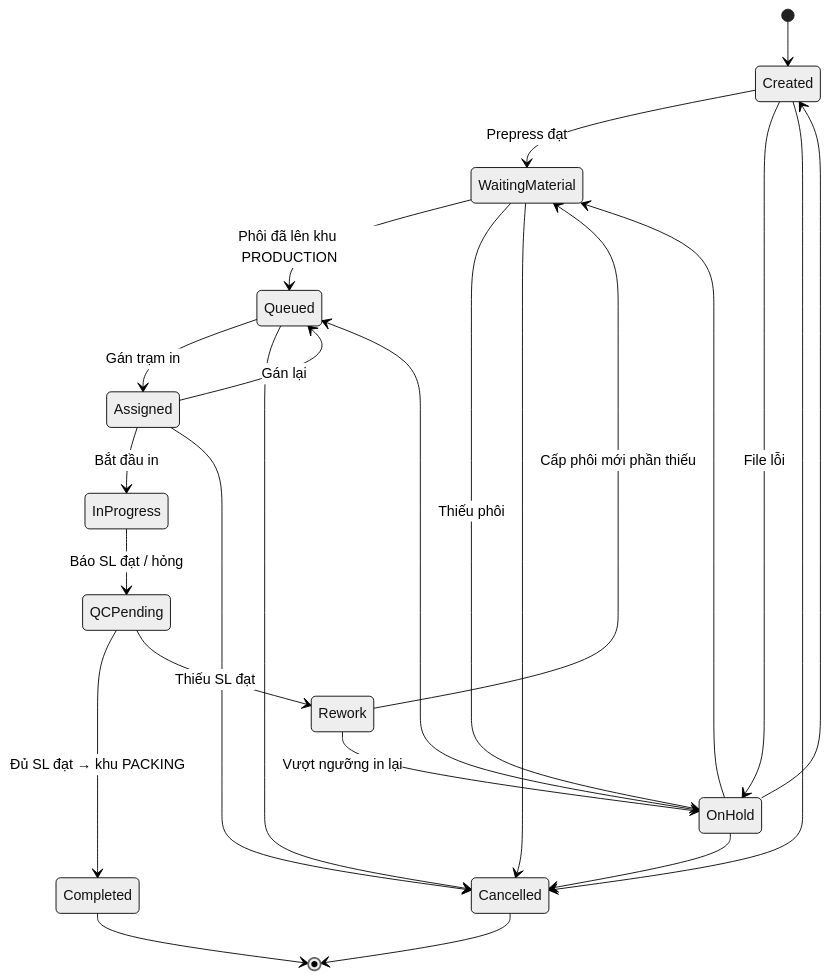
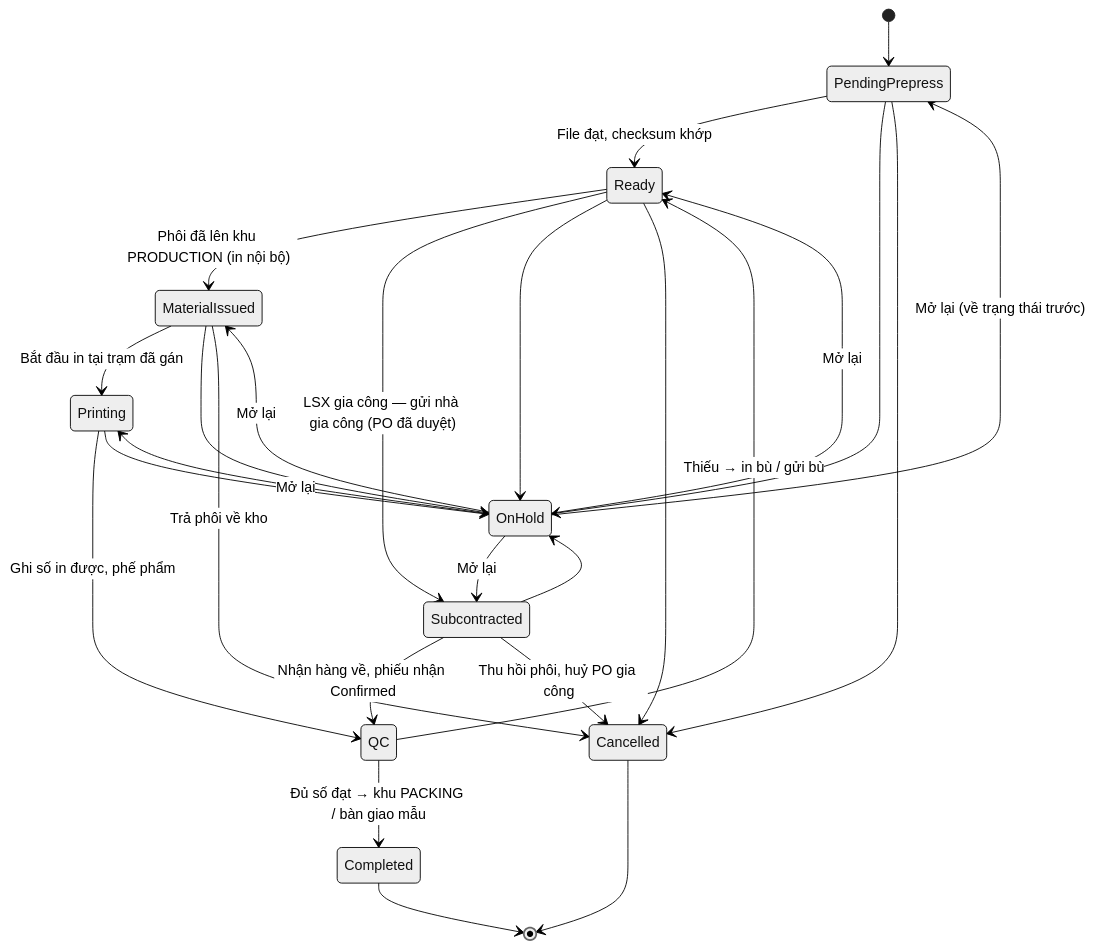
One commit to KLTN-FA26/docs changed the fifth of 12 diagrams in docs/diagrams/README.md. Above: the diagram before and after it, drawn with Mermaid (neutral theme). The commit also changed other lines of this file and 21 other files, not shown here.

````diff
--- a/docs/diagrams/README.md
+++ b/docs/diagrams/README.md
@@ -273,26 +273,28 @@
 ```mermaid
 stateDiagram-v2
-    [*] --> Created
-    Created --> WaitingMaterial: Prepress đạt
-    Created --> OnHold: File lỗi
-    WaitingMaterial --> Queued: Phôi đã lên khu PRODUCTION
-    WaitingMaterial --> OnHold: Thiếu phôi
-    Queued --> Assigned: Gán trạm in
-    Assigned --> Queued: Gán lại
-    Assigned --> InProgress: Bắt đầu in
-    InProgress --> QCPending: Báo SL đạt / hỏng
-    QCPending --> Completed: Đủ SL đạt → khu PACKING
-    QCPending --> Rework: Thiếu SL đạt
-    Rework --> WaitingMaterial: Cấp phôi mới phần thiếu
-    Rework --> OnHold: Vượt ngưỡng in lại
-    OnHold --> Created
-    OnHold --> WaitingMaterial
-    OnHold --> Queued
-    Created --> Cancelled
-    WaitingMaterial --> Cancelled
-    Queued --> Cancelled
-    Assigned --> Cancelled
-    OnHold --> Cancelled
+    [*] --> PendingPrepress
+    PendingPrepress --> Ready: File đạt, checksum khớp
+    Ready --> MaterialIssued: Phôi đã lên khu PRODUCTION (in nội bộ)
+    MaterialIssued --> Printing: Bắt đầu in tại trạm đã gán
+    Printing --> QC: Ghi số in được, phế phẩm
+    Ready --> Subcontracted: LSX gia công — gửi nhà gia công (PO đã duyệt)
+    Subcontracted --> QC: Nhận hàng về, phiếu nhận Confirmed
+    QC --> Completed: Đủ số đạt → khu PACKING / bàn giao mẫu
+    QC --> Ready: Thiếu → in bù / gửi bù
+    PendingPrepress --> OnHold
+    Ready --> OnHold
+    MaterialIssued --> OnHold
+    Printing --> OnHold
+    Subcontracted --> OnHold
+    OnHold --> PendingPrepress: Mở lại (về trạng thái trước)
+    OnHold --> Ready: Mở lại
+    OnHold --> MaterialIssued: Mở lại
+    OnHold --> Printing: Mở lại
+    OnHold --> Subcontracted: Mở lại
+    PendingPrepress --> Cancelled
+    Ready --> Cancelled
+    MaterialIssued --> Cancelled: Trả phôi về kho
+    Subcontracted --> Cancelled: Thu hồi phôi, huỷ PO gia công
     Completed --> [*]
     Cancelled --> [*]
 ```
````
